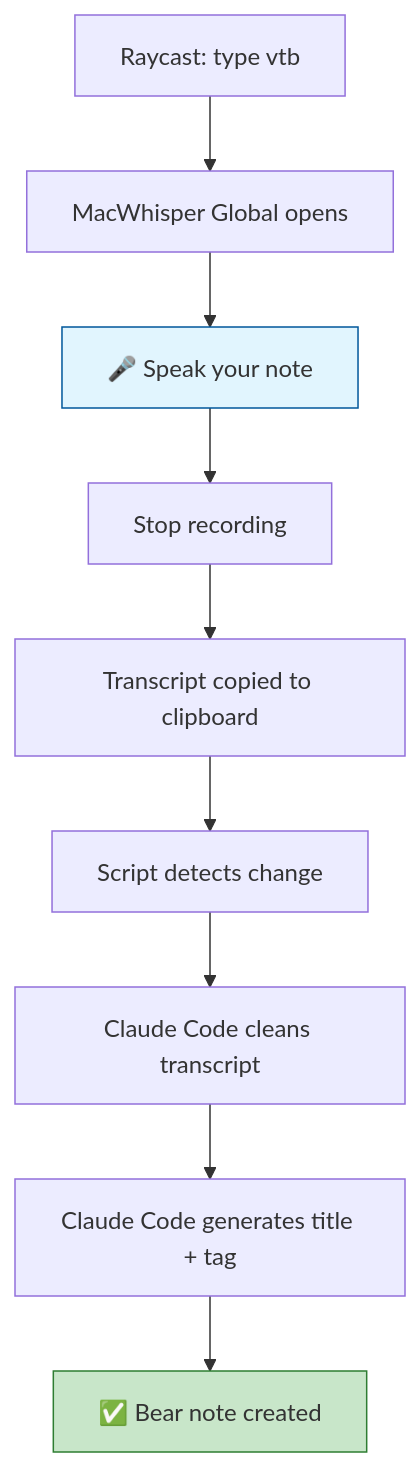
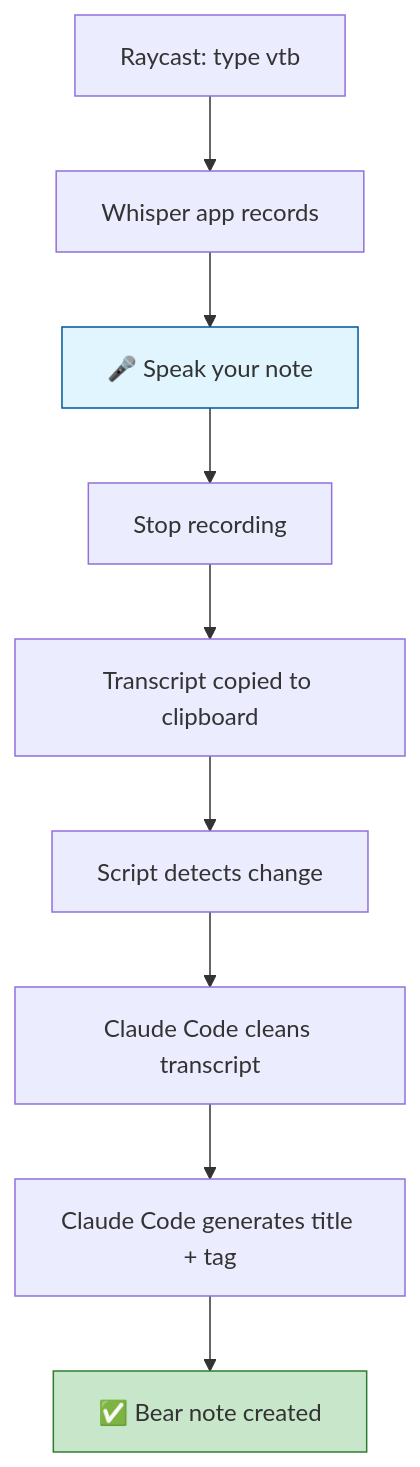
The fifth of 6 diagrams in README.md (gaiar/voice-to-claude-raycast), drawn with Mermaid before and after one commit. The commit also changed other lines of this file and 5 other files, not shown here.

First line of the commit message:
feat: support multiple whisper apps (MacWhisper, Superwhisper)

````diff
--- a/README.md
+++ b/README.md
@@ -73,14 +73,14 @@
 ```mermaid
 flowchart TD
-    A[Raycast: type vtb] --> B[MacWhisper Global opens]
+    A[Raycast: type vtb] --> B[Whisper app records]
     B --> C[🎤 Speak your note]
     C --> D[Stop recording]
     D --> E[Transcript copied to clipboard]
     E --> F[Script detects change]
     F --> G[Claude Code cleans transcript]
     G --> H[Claude Code generates title + tag]
     H --> I[✅ Bear note created]
 
     style C fill:#e1f5fe,stroke:#01579b
     style I fill:#c8e6c9,stroke:#2e7d32
 ```
````
